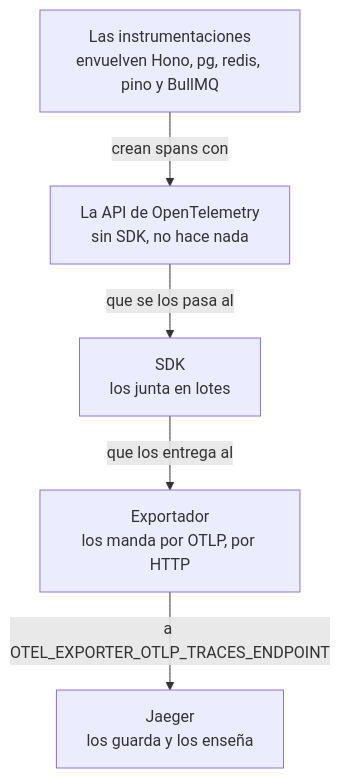
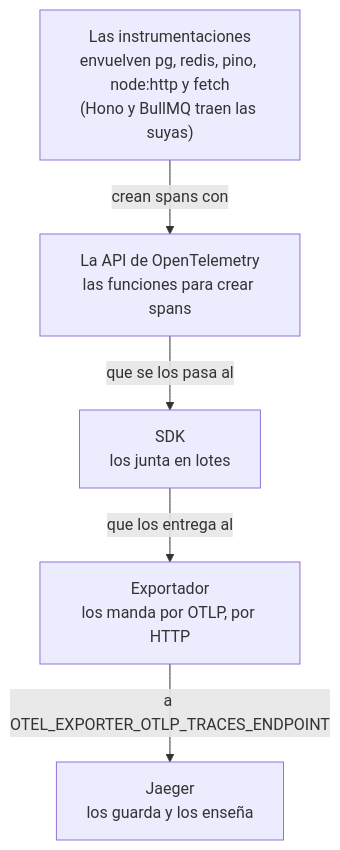
Before and after one commit to backendfromscratch/backend-from-scratch: the first of 2 diagrams in web/src/content/docs/fase-10/trazas-opentelemetry.mdx, drawn with Mermaid. The commit also changed other lines of this file and 6 other files, not shown here.

Commit message:
fix(phase-10): explain the opentelemetry api and sdk and run the tracing lesson's practice for real

````diff
--- a/web/src/content/docs/fase-10/trazas-opentelemetry.mdx
+++ b/web/src/content/docs/fase-10/trazas-opentelemetry.mdx
@@ -106,7 +106,7 @@
 ```mermaid
 flowchart TB
-    A["Las instrumentaciones<br/>envuelven Hono, pg, redis, pino y BullMQ"] -->|crean spans con| B["La API de OpenTelemetry<br/>sin SDK, no hace nada"]
+    A["Las instrumentaciones<br/>envuelven pg, redis, pino, node:http y fetch<br/>(Hono y BullMQ traen las suyas)"] -->|crean spans con| B["La API de OpenTelemetry<br/>las funciones para crear spans"]
     B -->|que se los pasa al| C["SDK<br/>los junta en lotes"]
     C -->|que los entrega al| D["Exportador<br/>los manda por OTLP, por HTTP"]
     D -->|a OTEL_EXPORTER_OTLP_TRACES_ENDPOINT| E["Jaeger<br/>los guarda y los enseña"]
 ```
````
